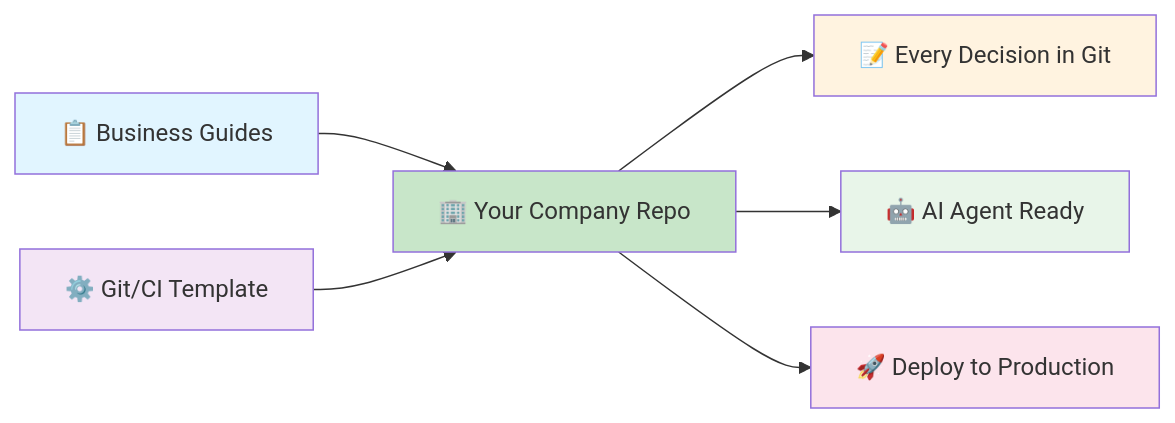
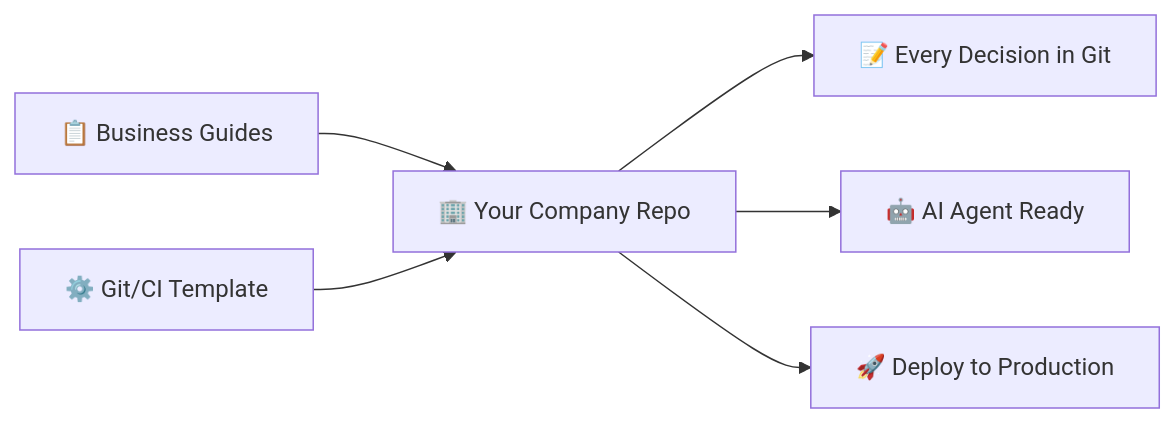
One commit to borealBytes/startup-blueprint changed the first of 4 diagrams in README.md. Above: the diagram before and after it, drawn with Mermaid. The commit also changed other lines of this file, not shown here.

First line of the commit message:
refactor(docs): apply Mermaid style guide to README diagrams

````diff
--- a/README.md
+++ b/README.md
@@ -15,15 +15,11 @@
 ```mermaid
-graph LR
-    A["📋 Business Guides"] --> C["🏢 Your Company Repo"]
-    B["⚙️ Git/CI Template"] --> C
-    C --> D["📝 Every Decision in Git"]
-    C --> E["🤖 AI Agent Ready"]
-    C --> F["🚀 Deploy to Production"]
+flowchart LR
+    accTitle: Startup Blueprint Components
+    accDescr: How business guides and Git/CI template combine into a complete company repository ready for AI agents and production deployment
 
-    style A fill:#e1f5ff
-    style B fill:#f3e5f5
-    style C fill:#c8e6c9
-    style D fill:#fff3e0
-    style E fill:#e8f5e9
-    style F fill:#fce4ec
+    business_guides["📋 Business Guides"] --> company_repo["🏢 Your Company Repo"]
+    git_ci_template["⚙️ Git/CI Template"] --> company_repo
+    company_repo --> decisions["📝 Every Decision in Git"]
+    company_repo --> ai_ready["🤖 AI Agent Ready"]
+    company_repo --> deploy["🚀 Deploy to Production"]
 ```
````
